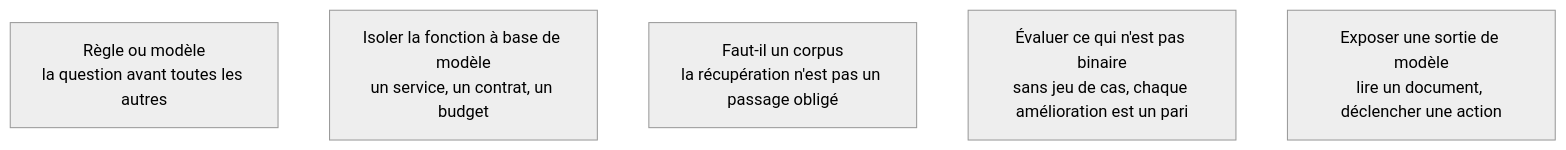
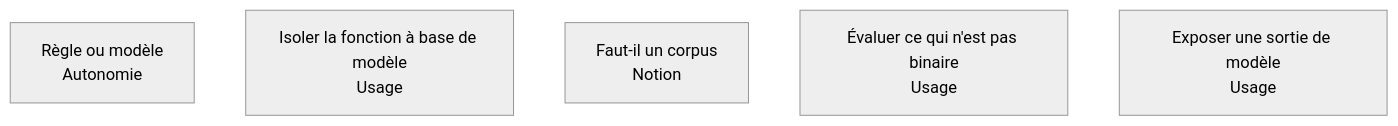
The diagram in content/parcours/ai-product-builder/quand-le-produit-embarque-un-modele/index.md (floSa/Atlas-Metiers-Roadmaps), drawn with Mermaid (neutral theme) before and after one commit. The commit also changed other lines of this file and 7 other files, not shown here.

````diff
--- a/content/parcours/ai-product-builder/quand-le-produit-embarque-un-modele/index.md
+++ b/content/parcours/ai-product-builder/quand-le-produit-embarque-un-modele/index.md
@@ -11,14 +11,14 @@
 ```mermaid
 flowchart TD
-  R["Règle ou modèle<br/>la question avant toutes les autres"]
-  I["Isoler la fonction à base de modèle<br/>un service, un contrat, un budget"]
-  C["Faut-il un corpus<br/>la récupération n'est pas un passage obligé"]
-  E["Évaluer ce qui n'est pas binaire<br/>sans jeu de cas, chaque amélioration est un pari"]
-  X["Exposer une sortie de modèle<br/>lire un document, déclencher une action"]
+  R["Règle ou modèle<br/>Autonomie"]
+  I["Isoler la fonction à base de modèle<br/>Usage"]
+  C["Faut-il un corpus<br/>Notion"]
+  E["Évaluer ce qui n'est pas binaire<br/>Usage"]
+  X["Exposer une sortie de modèle<br/>Usage"]
 
   click R "/parcours/ai-product-builder/quand-le-produit-embarque-un-modele/regle-ou-modele"
   click I "/parcours/ai-product-builder/quand-le-produit-embarque-un-modele/isoler-la-fonction-a-base-de-modele"
   click C "/parcours/ai-product-builder/quand-le-produit-embarque-un-modele/faut-il-un-corpus"
   click E "/parcours/ai-product-builder/quand-le-produit-embarque-un-modele/evaluer-ce-qui-n-est-pas-binaire"
   click X "/parcours/ai-product-builder/quand-le-produit-embarque-un-modele/exposer-une-sortie-de-modele"
 ```
````
